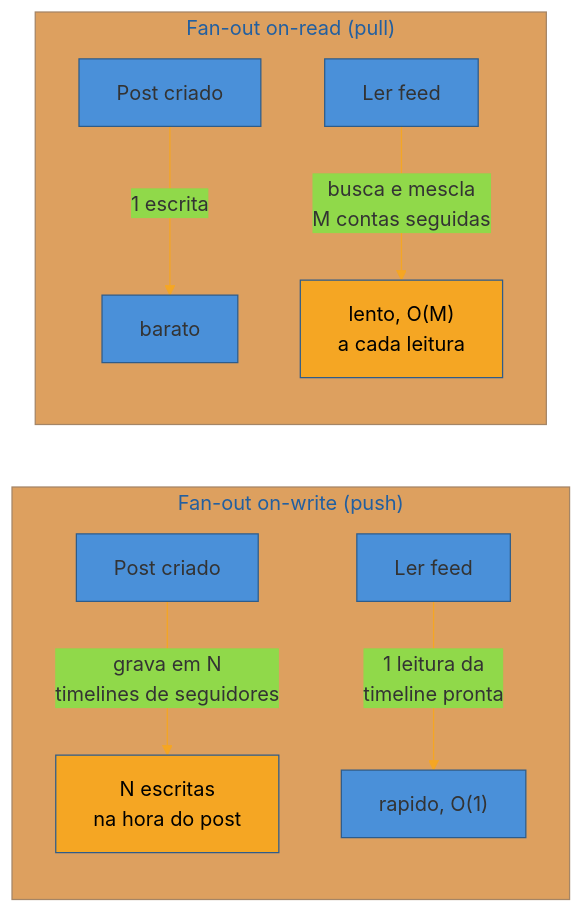
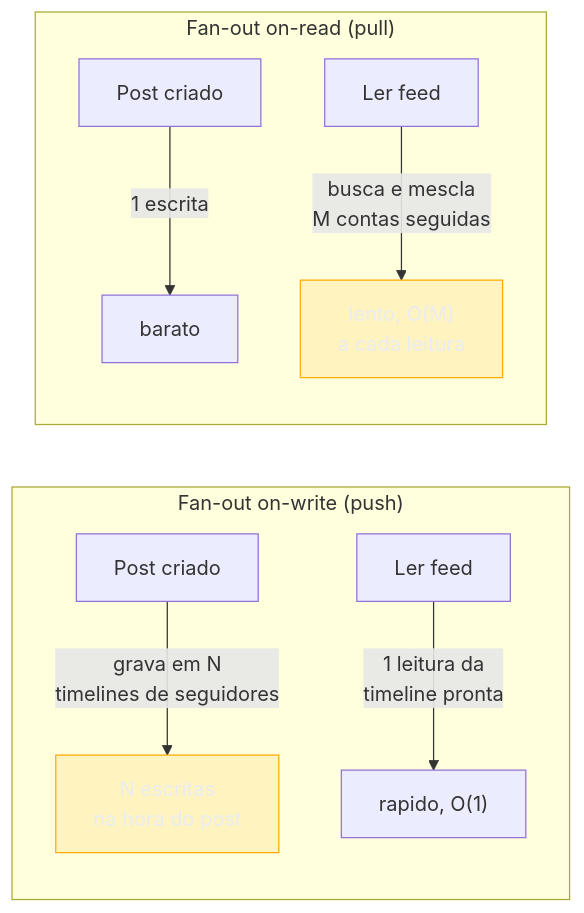
The third of 5 diagrams in 03-Dominios/Engenharia/Arquitetura/System Design/4 - Walkthroughs/02 - News Feed e Timeline.md (josenaldo/codex-technomanticus), drawn with Mermaid before and after one commit. The commit also changed other lines of this file and 1181 other files, not shown here.

First line of the commit message:
fix(diagramas): paleta do sistema no lugar de cor cravada no markdown

````diff
--- a/03-Dominios/Engenharia/Arquitetura/System Design/4 - Walkthroughs/02 - News Feed e Timeline.md
+++ b/03-Dominios/Engenharia/Arquitetura/System Design/4 - Walkthroughs/02 - News Feed e Timeline.md
@@ -182,14 +182,14 @@
 ```mermaid
-%%{init: {"theme": "base", "themeVariables": {"primaryColor": "#4A90D9", "primaryBorderColor": "#2E5C8A", "lineColor": "#F5A623"}}}%%
 graph LR
+    classDef destaque fill:#FFAA0024,stroke:#FFAA00,color:#E9ECF2
     subgraph PUSH["Fan-out on-write (push)"]
         P1["Post criado"] -->|"grava em N<br/>timelines de seguidores"| PN["N escritas<br/>na hora do post"]
         PR["Ler feed"] -->|"1 leitura da<br/>timeline pronta"| PF["rapido, O(1)"]
     end
     subgraph PULL["Fan-out on-read (pull)"]
         L1["Post criado"] -->|"1 escrita"| LW["barato"]
         LR["Ler feed"] -->|"busca e mescla<br/>M contas seguidas"| LF["lento, O(M)<br/>a cada leitura"]
     end
-    style PN fill:#F5A623,color:#000
-    style LF fill:#F5A623,color:#000
+    class PN destaque
+    class LF destaque
 ```
````
